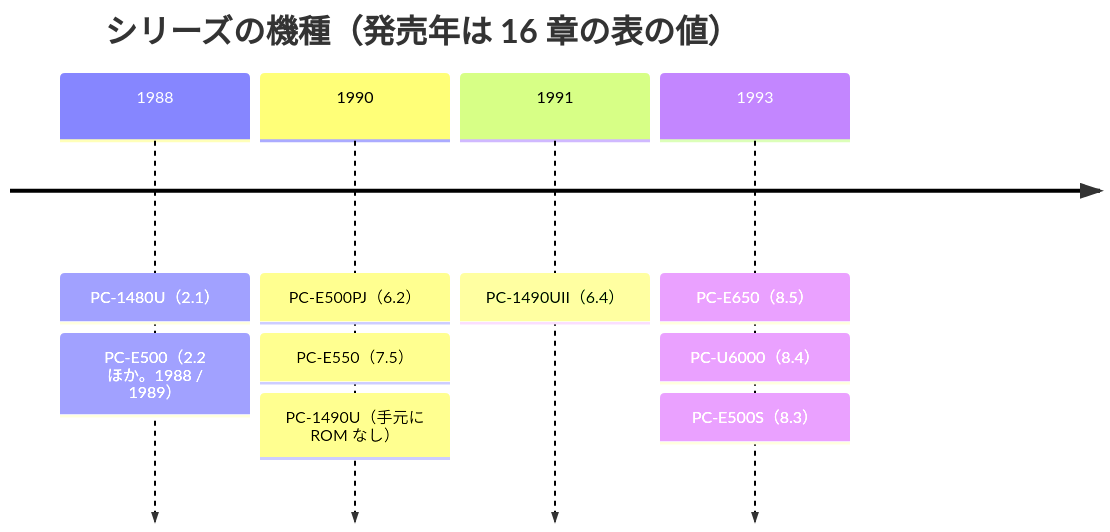
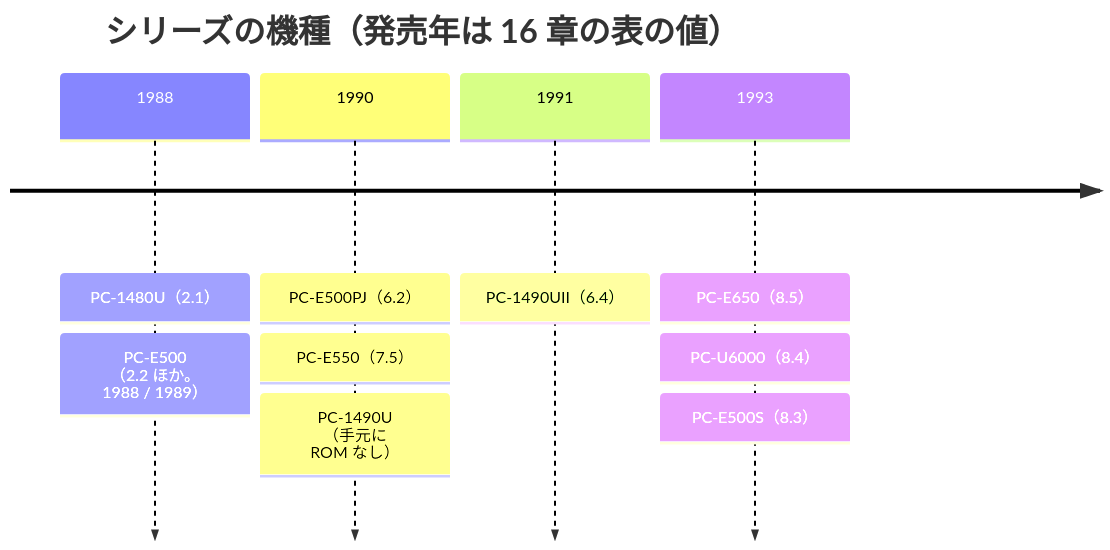
Before and after one commit to litchi-gh/pc-e500_tools: the first of 2 diagrams in docs/analysis/27_ROM_VERSIONS_MODELS.md, drawn with Mermaid. The commit also changed 14 other files, not shown here.

First line of the commit message:
Docs: wrap state diagram and timeline labels by hand

````diff
--- a/docs/analysis/27_ROM_VERSIONS_MODELS.md
+++ b/docs/analysis/27_ROM_VERSIONS_MODELS.md
@@ -30,9 +30,9 @@
 ```mermaid
 %%{init: {"htmlLabels": false, "flowchart": {"htmlLabels": false, "wrappingWidth": 1000}}}%%
 timeline
   title シリーズの機種（発売年は 16 章の表の値）
-  1988 : PC-1480U（2.1） : PC-E500（2.2 ほか。1988 / 1989）
-  1990 : PC-E500PJ（6.2） : PC-E550（7.5） : PC-1490U（手元に ROM なし）
+  1988 : PC-1480U（2.1） : PC-E500<br>（2.2 ほか。<br>1988 / 1989）
+  1990 : PC-E500PJ（6.2） : PC-E550（7.5） : PC-1490U<br>（手元に<br>ROM なし）
   1991 : PC-1490UII（6.4）
   1993 : PC-E650（8.5） : PC-U6000（8.4） : PC-E500S（8.3）
 ```
````
